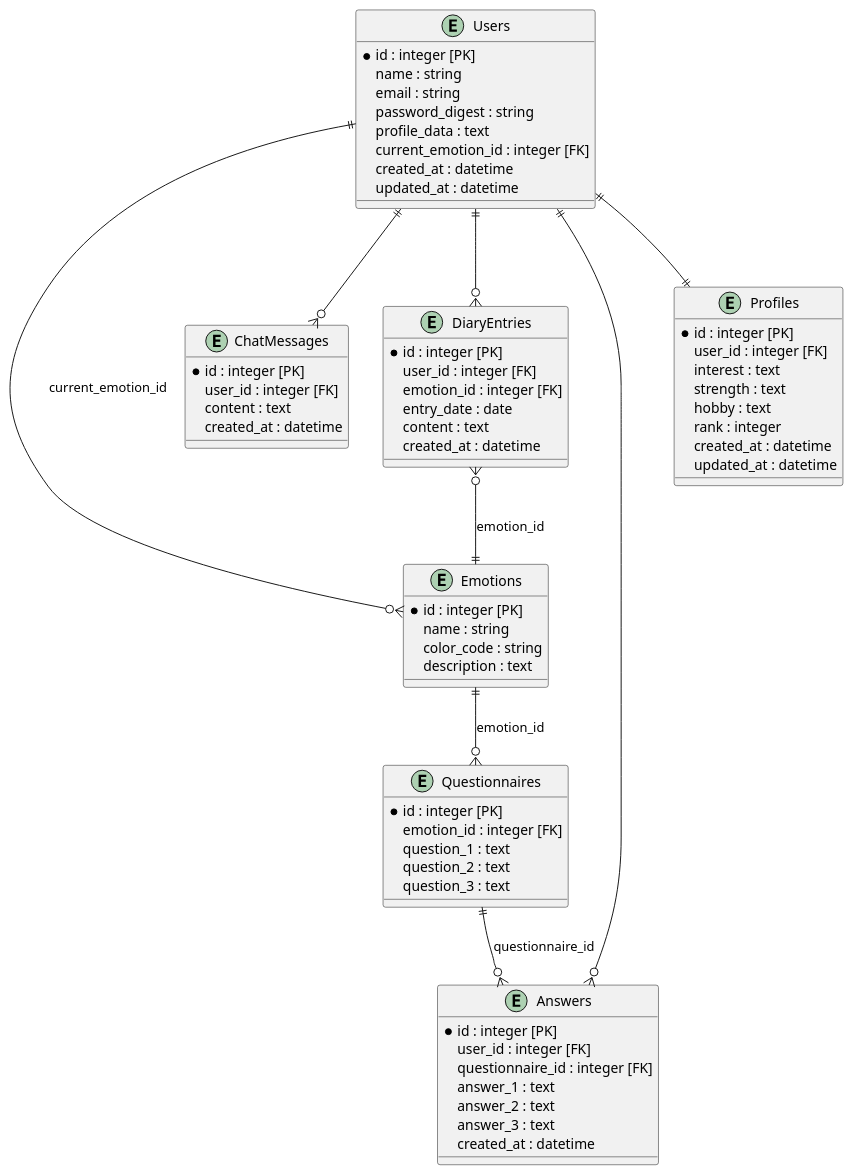
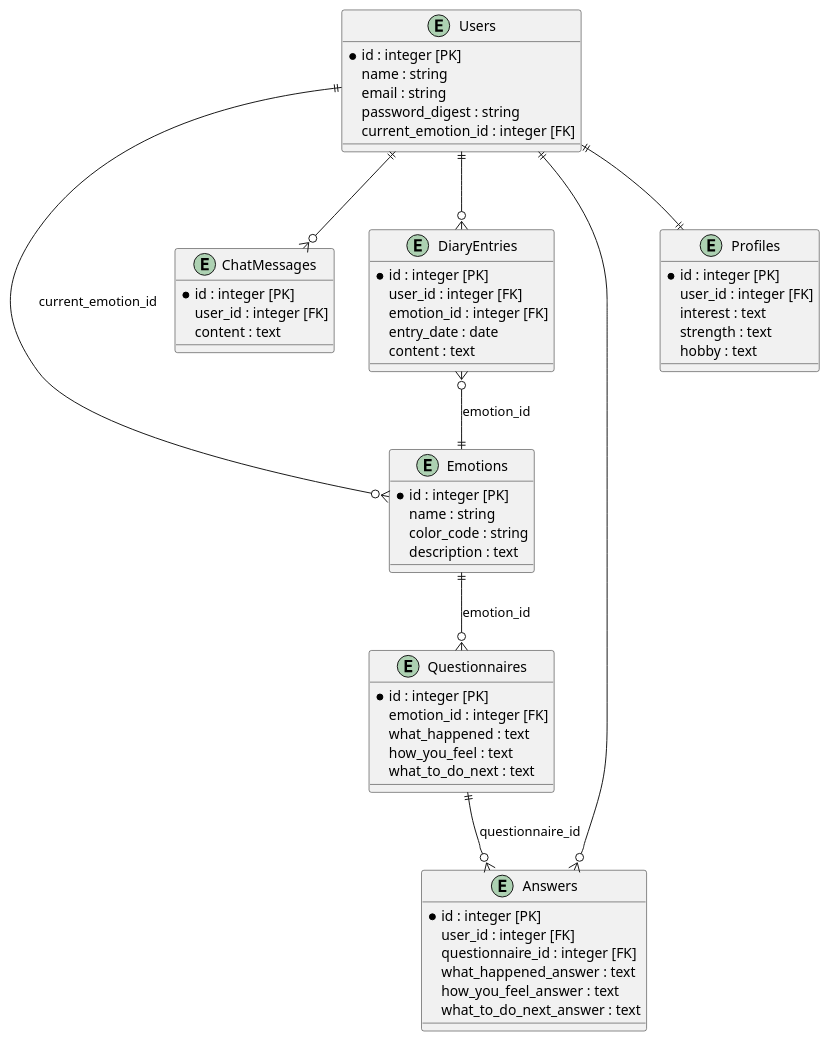
Before and after one commit to MarikoInada/portfolio: the diagram in PlantUML/er_diagram.pu, drawn with PlantUML. The commit also changed 1 other file, not shown here.

Commit message:
er diagram2

```diff
--- a/PlantUML/er_diagram.pu
+++ b/PlantUML/er_diagram.pu
@@ -1,76 +1,67 @@
 @startuml erdiagram
 
 entity "Users" as users {
   *id : integer [PK]
   name : string
   email : string
   password_digest : string
-  profile_data : text
   current_emotion_id : integer [FK]
-  created_at : datetime
-  updated_at : datetime
 }
 
 entity "Emotions" as emotions {
   *id : integer [PK]
   name : string
   color_code : string
   description : text
 }
 
 entity "ChatMessages" as chat_messages {
   *id : integer [PK]
   user_id : integer [FK]
   content : text
-  created_at : datetime
 }
 
 entity "Questionnaires" as questionnaires {
   *id : integer [PK]
   emotion_id : integer [FK]
-  question_1 : text
-  question_2 : text
-  question_3 : text
+  what_happened : text
+  how_you_feel : text
+  what_to_do_next : text
 }
 
 entity "Answers" as answers {
   *id : integer [PK]
   user_id : integer [FK]
   questionnaire_id : integer [FK]
-  answer_1 : text
-  answer_2 : text
-  answer_3 : text
-  created_at : datetime
+  what_happened_answer : text
+  how_you_feel_answer : text
+  what_to_do_next_answer : text
 }
 
 entity "DiaryEntries" as diary_entries {
   *id : integer [PK]
   user_id : integer [FK]
   emotion_id : integer [FK]
   entry_date : date
   content : text
-  created_at : datetime
 }
 
 entity "Profiles" as profiles {
   *id : integer [PK]
   user_id : integer [FK]
   interest : text
   strength : text
   hobby : text
-  rank : integer
-  created_at : datetime
-  updated_at : datetime
 }
 
 users ||--o{ emotions : "current_emotion_id"
 users ||--o{ chat_messages : ""
 users ||--o{ answers : ""
 users ||--o{ diary_entries : ""
 users ||--|| profiles : ""
 
 emotions ||--o{ questionnaires : "emotion_id"
 questionnaires ||--o{ answers : "questionnaire_id"
 diary_entries }o--|| emotions : "emotion_id"
 
 @enduml
```
